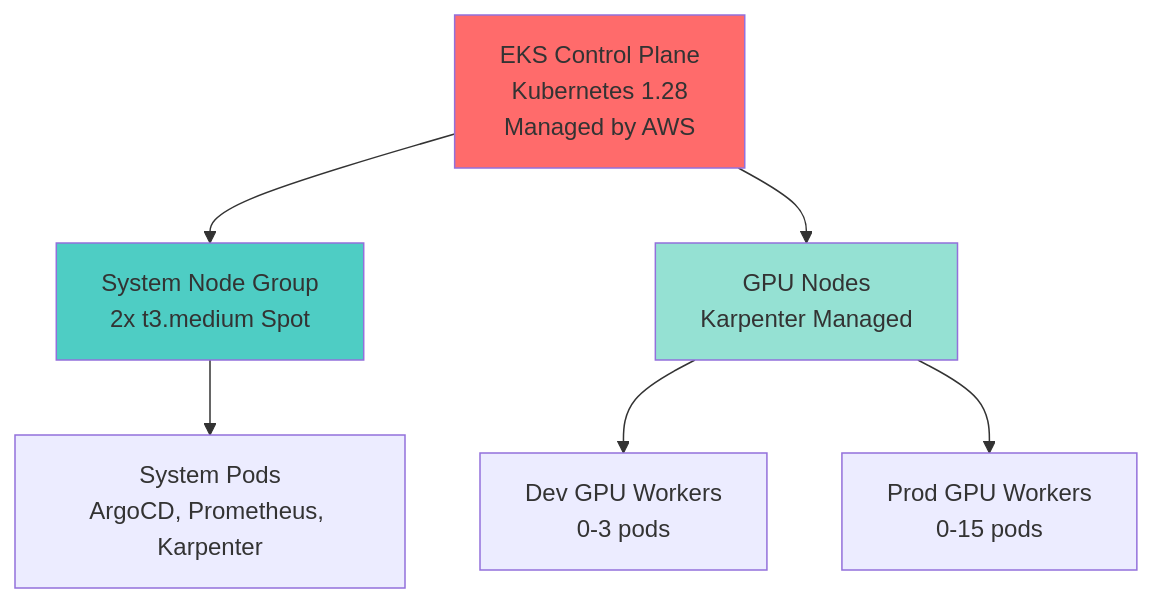
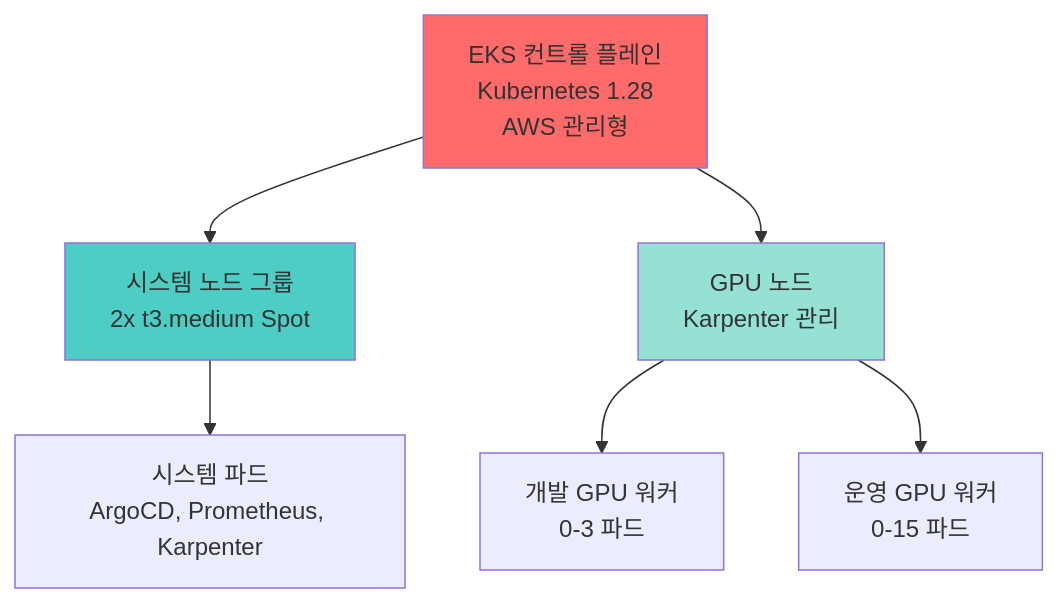
Before and after one commit to Pinksea-AI/InvokeAI: the fourth of 15 diagrams in docs/final-architecture/01-aws-architecture-diagram.md, drawn with Mermaid. The commit also changed other lines of this file, not shown here.

First line of the commit message:
docs: AWS 아키텍처 다이어그램 문서를 한글로 번역

````diff
--- a/docs/final-architecture/01-aws-architecture-diagram.md
+++ b/docs/final-architecture/01-aws-architecture-diagram.md
@@ -186,16 +186,16 @@
 ```mermaid
 graph TB
-    CP[EKS Control Plane<br/>Kubernetes 1.28<br/>Managed by AWS]
+    CP[EKS 컨트롤 플레인<br/>Kubernetes 1.28<br/>AWS 관리형]
 
-    CP --> SystemNodes[System Node Group<br/>2x t3.medium Spot]
-    CP --> GPUNodes[GPU Nodes<br/>Karpenter Managed]
+    CP --> SystemNodes[시스템 노드 그룹<br/>2x t3.medium Spot]
+    CP --> GPUNodes[GPU 노드<br/>Karpenter 관리]
 
-    SystemNodes --> SystemPods[System Pods<br/>ArgoCD, Prometheus, Karpenter]
+    SystemNodes --> SystemPods[시스템 파드<br/>ArgoCD, Prometheus, Karpenter]
 
-    GPUNodes --> DevWorkers[Dev GPU Workers<br/>0-3 pods]
-    GPUNodes --> ProdWorkers[Prod GPU Workers<br/>0-15 pods]
+    GPUNodes --> DevWorkers[개발 GPU 워커<br/>0-3 파드]
+    GPUNodes --> ProdWorkers[운영 GPU 워커<br/>0-15 파드]
 
     style CP fill:#FF6B6B
     style SystemNodes fill:#4ECDC4
     style GPUNodes fill:#95E1D3
 ```
````
